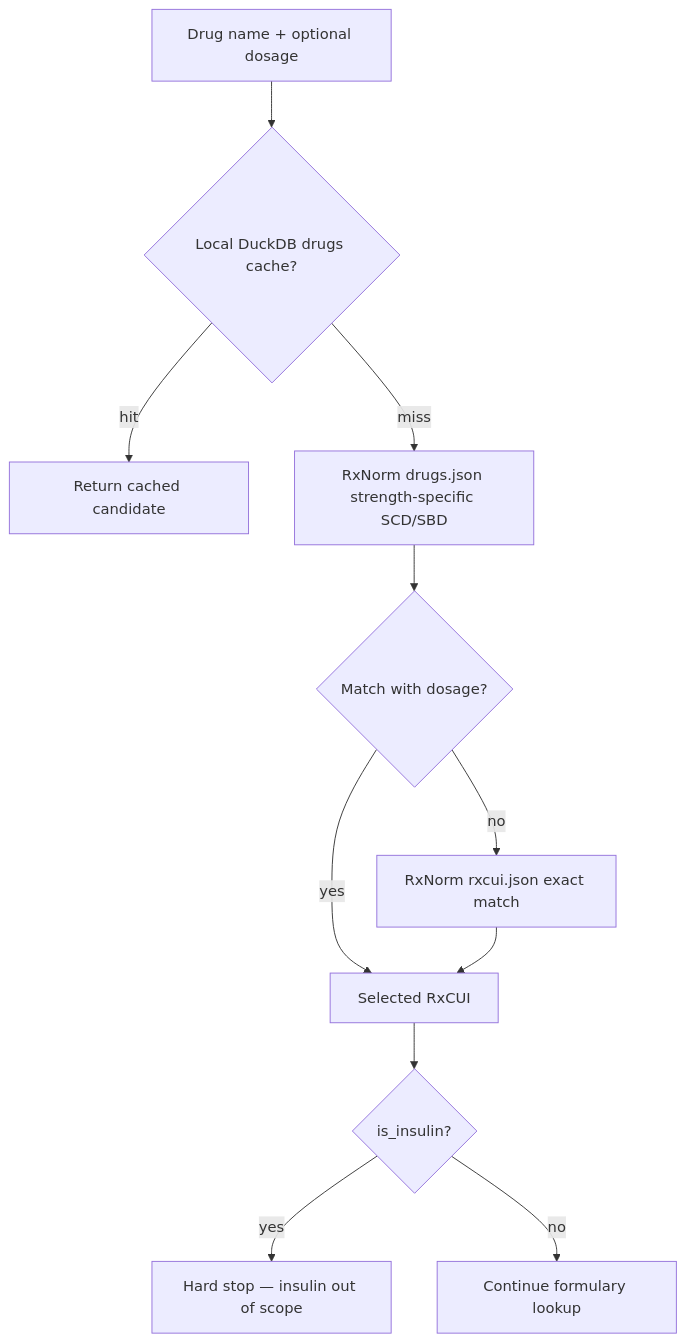
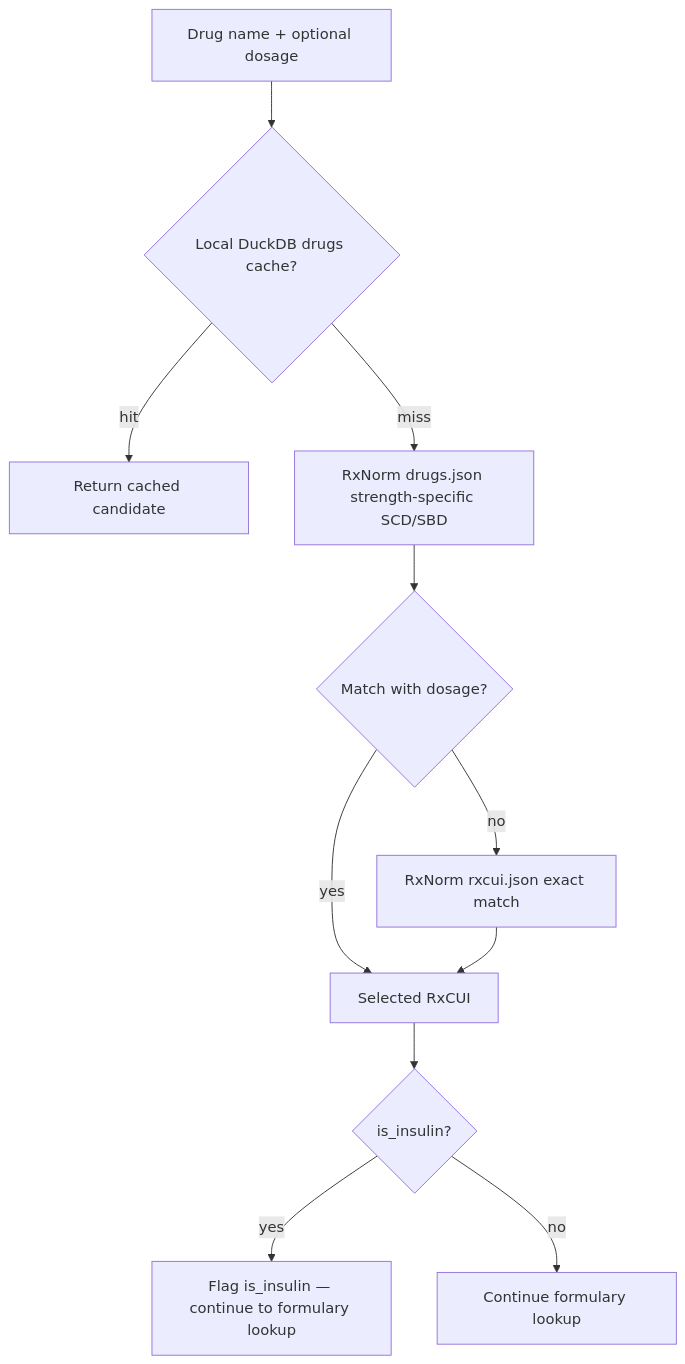
The fourth of 8 diagrams in docs/technical-notes.md (SreeCodes2021/Medicare-drug-cost-navigator), drawn with Mermaid before and after one commit. The commit also changed other lines of this file and 104 other files, not shown here.

````diff
--- a/docs/technical-notes.md
+++ b/docs/technical-notes.md
@@ -262,13 +287,13 @@
 ```mermaid
 flowchart TD
     A[Drug name + optional dosage] --> B{Local DuckDB drugs cache?}
     B -->|hit| C[Return cached candidate]
     B -->|miss| D[RxNorm drugs.json strength-specific SCD/SBD]
     D --> E{Match with dosage?}
     E -->|yes| F[Selected RxCUI]
     E -->|no| G[RxNorm rxcui.json exact match]
     G --> F
     F --> H{is_insulin?}
-    H -->|yes| I[Hard stop — insulin out of scope]
+    H -->|yes| I[Flag is_insulin — continue to formulary lookup]
     H -->|no| J[Continue formulary lookup]
 ```
````
